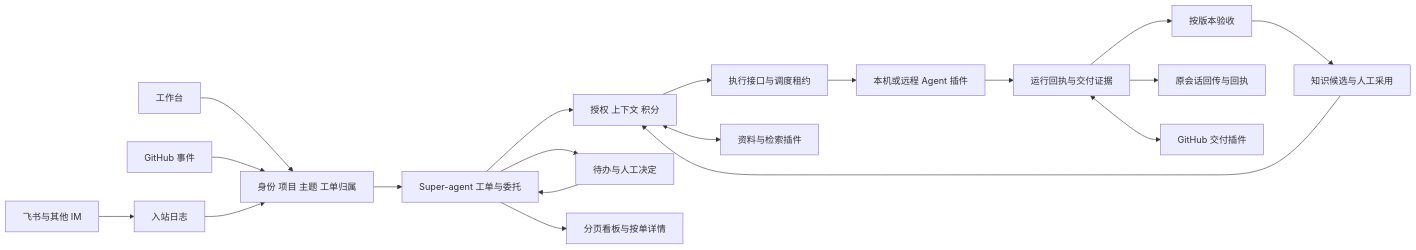
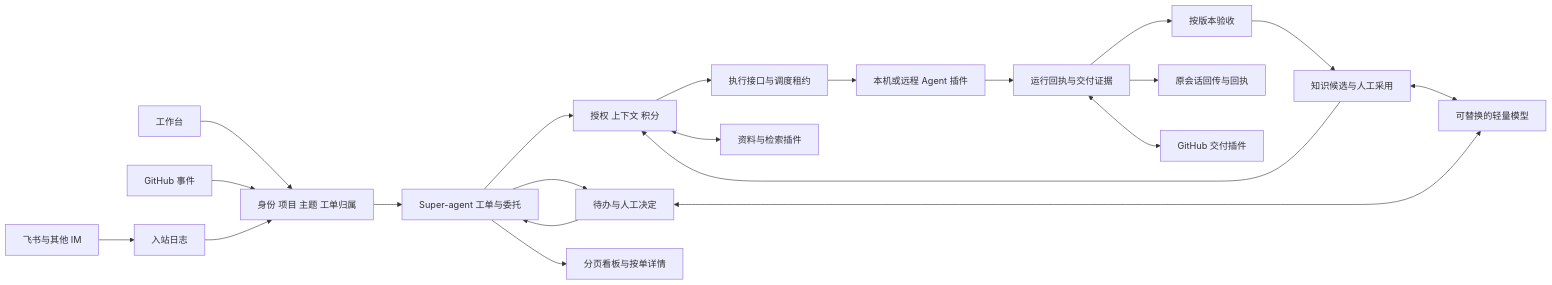
The diagram in docs/PLUGIN-ARCHITECTURE.md (zhegong-996/Contractor), drawn with Mermaid before and after one commit. The commit also changed other lines of this file and 43 other files, not shown here.

````diff
--- a/docs/PLUGIN-ARCHITECTURE.md
+++ b/docs/PLUGIN-ARCHITECTURE.md
@@ -5,21 +5,23 @@
 ```mermaid
 flowchart LR
   IM[飞书与其他 IM] --> In[入站日志]
   Web[工作台] --> R[身份 项目 主题 工单归属]
   Git[GitHub 事件] --> R
   In --> R
   R --> T[Super-agent 工单与委托]
   T --> P[授权 上下文 积分]
   P --> A[执行接口与调度租约]
   A --> E[本机或远程 Agent 插件]
   E --> B[运行回执与交付证据]
   B --> C[按版本验收]
   C --> K[知识候选与人工采用]
+  K <--> Assist[可替换的轻量模型]
+  H <--> Assist
   K --> P
   T --> H[待办与人工决定]
   H --> T
   T --> List[分页看板与按单详情]
   B --> Return[原会话回传与回执]
   P <--> Sources[资料与检索插件]
   B <--> Delivery[GitHub 交付插件]
 ```
````
